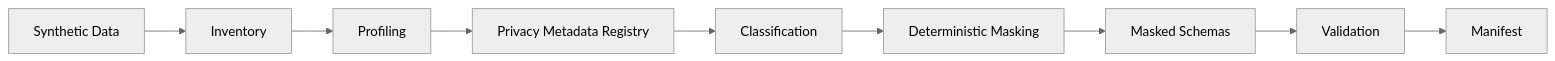
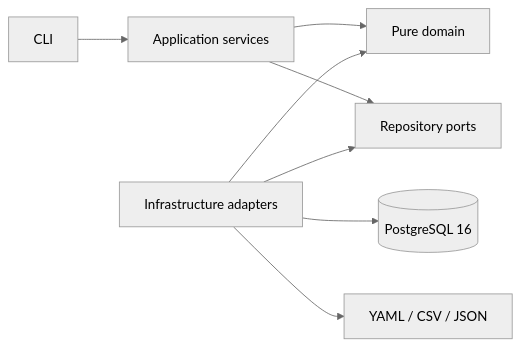
Before and after one commit to samueldvi/relational-data-privacy-governance: the diagram in README.md, drawn with Mermaid (neutral theme). The commit also changed other lines of this file and 86 other files, not shown here.

First line of the commit message:
Refactor/modular architecture (#4)

````diff
--- a/README.md
+++ b/README.md
@@ -31,11 +31,10 @@
 ```mermaid
 flowchart LR
-    A["Synthetic Data"] --> B["Inventory"]
-    B --> C["Profiling"]
-    C --> D["Privacy Metadata Registry"]
-    D --> E["Classification"]
-    E --> F["Deterministic Masking"]
-    F --> G["Masked Schemas"]
-    G --> H["Validation"]
-    H --> I["Manifest"]
+    CLI["CLI"] --> APP["Application services"]
+    APP --> DOMAIN["Pure domain"]
+    APP --> PORTS["Repository ports"]
+    INFRA["Infrastructure adapters"] --> PORTS
+    INFRA --> DOMAIN
+    INFRA --> PG[("PostgreSQL 16")]
+    INFRA --> FILES["YAML / CSV / JSON"]
 ```
````
